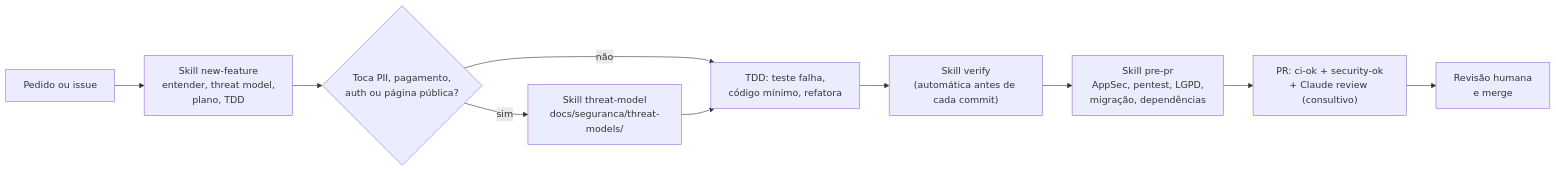
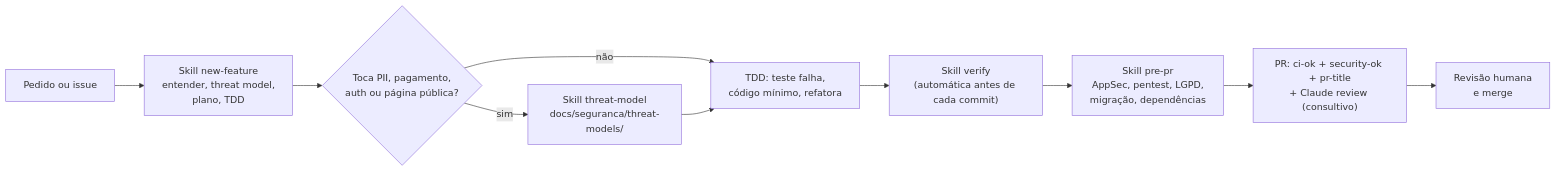
The diagram in docs/desenvolvimento/fluxo-com-claude.md (lucasvianaemp40-byte/databricks), drawn with Mermaid before and after one commit. The commit also changed other lines of this file and 182 other files, not shown here.

````diff
--- a/docs/desenvolvimento/fluxo-com-claude.md
+++ b/docs/desenvolvimento/fluxo-com-claude.md
@@ -49,12 +79,12 @@
 ```mermaid
 flowchart LR
   p["Pedido ou issue"] --> nf["Skill new-feature<br/>entender, threat model,<br/>plano, TDD"]
   nf --> tm{"Toca PII, pagamento,<br/>auth ou página pública?"}
   tm -->|sim| tms["Skill threat-model<br/>docs/seguranca/threat-models/"]
   tm -->|não| tdd
   tms --> tdd["TDD: teste falha,<br/>código mínimo, refatora"]
   tdd --> v["Skill verify<br/>(automática antes de cada commit)"]
   v --> pr["Skill pre-pr<br/>AppSec, pentest, LGPD,<br/>migração, dependências"]
-  pr --> ci["PR: ci-ok + security-ok<br/>+ Claude review (consultivo)"]
+  pr --> ci["PR: ci-ok + security-ok + pr-title<br/>+ Claude review (consultivo)"]
   ci --> h["Revisão humana<br/>e merge"]
 ```
````
